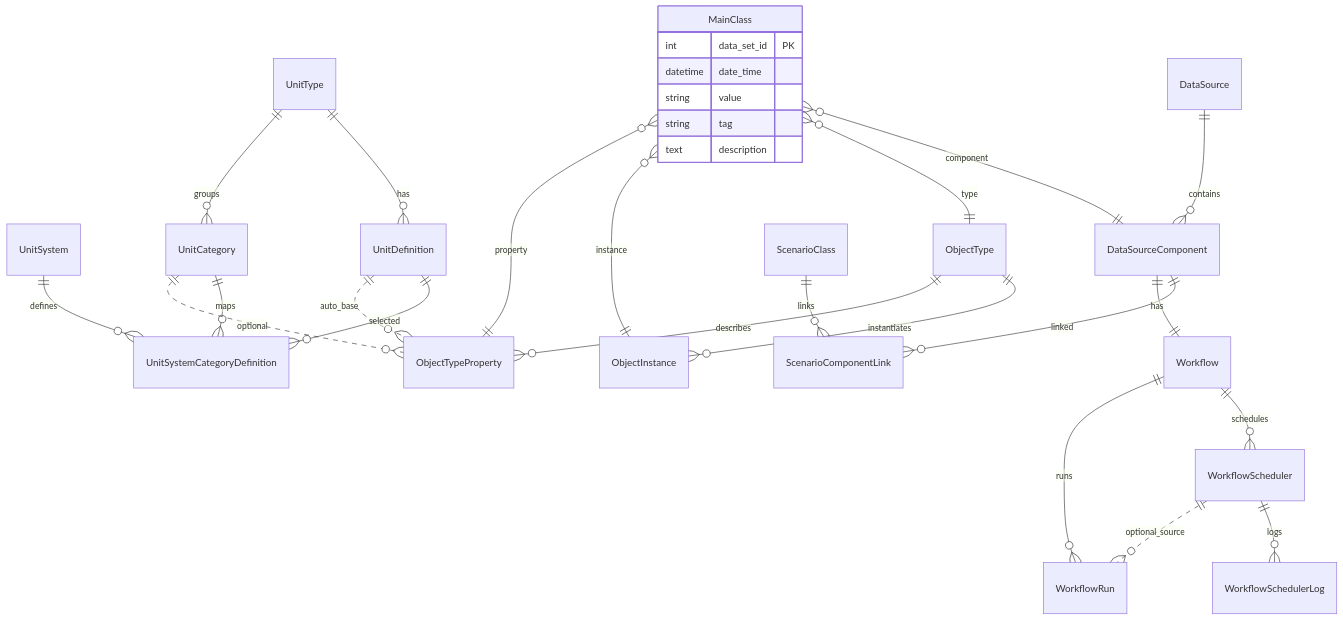
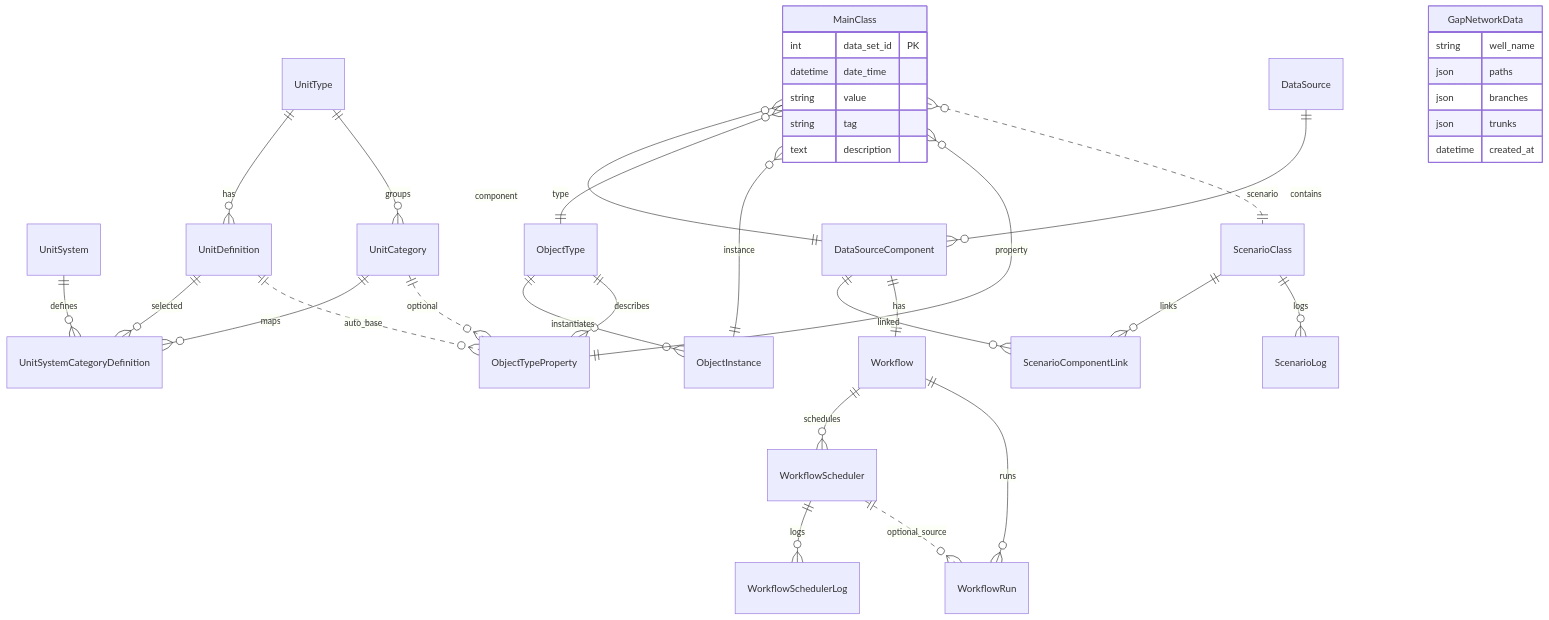
One commit to saatchi190499/ProdCast2.0 changed the diagram in docs/model-data-architecture.md. Above: the diagram before and after it, drawn with Mermaid. The commit also changed other lines of this file, not shown here.

````diff
--- a/docs/model-data-architecture.md
+++ b/docs/model-data-architecture.md
@@ -143,37 +143,47 @@
 ```mermaid
 erDiagram
   UnitSystem ||--o{ UnitSystemCategoryDefinition : defines
   UnitCategory ||--o{ UnitSystemCategoryDefinition : maps
   UnitDefinition ||--o{ UnitSystemCategoryDefinition : selected
 
   UnitType ||--o{ UnitDefinition : has
   UnitType ||--o{ UnitCategory : groups
 
   DataSource ||--o{ DataSourceComponent : contains
 
   ObjectType ||--o{ ObjectInstance : instantiates
   ObjectType ||--o{ ObjectTypeProperty : describes
   UnitCategory ||..o{ ObjectTypeProperty : optional
   UnitDefinition ||..o{ ObjectTypeProperty : auto_base
 
   ScenarioClass ||--o{ ScenarioComponentLink : links
   DataSourceComponent ||--o{ ScenarioComponentLink : linked
+  ScenarioClass ||--o{ ScenarioLog : logs
 
   DataSourceComponent ||--|| Workflow : has
   Workflow ||--o{ WorkflowScheduler : schedules
   WorkflowScheduler ||--o{ WorkflowSchedulerLog : logs
   Workflow ||--o{ WorkflowRun : runs
   WorkflowScheduler ||..o{ WorkflowRun : optional_source
 
   MainClass {
     int data_set_id PK
     datetime date_time
     string value
     string tag
     text description
   }
   MainClass }o--|| DataSourceComponent : component
   MainClass }o--|| ObjectType : type
   MainClass }o--|| ObjectInstance : instance
   MainClass }o--|| ObjectTypeProperty : property
+  MainClass }o..|| ScenarioClass : scenario
+
+  GapNetworkData {
+    string well_name
+    json paths
+    json branches
+    json trunks
+    datetime created_at
+  }
 ```
````
